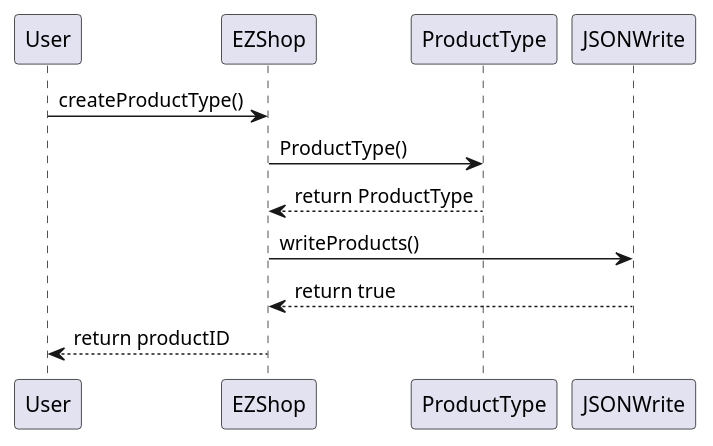
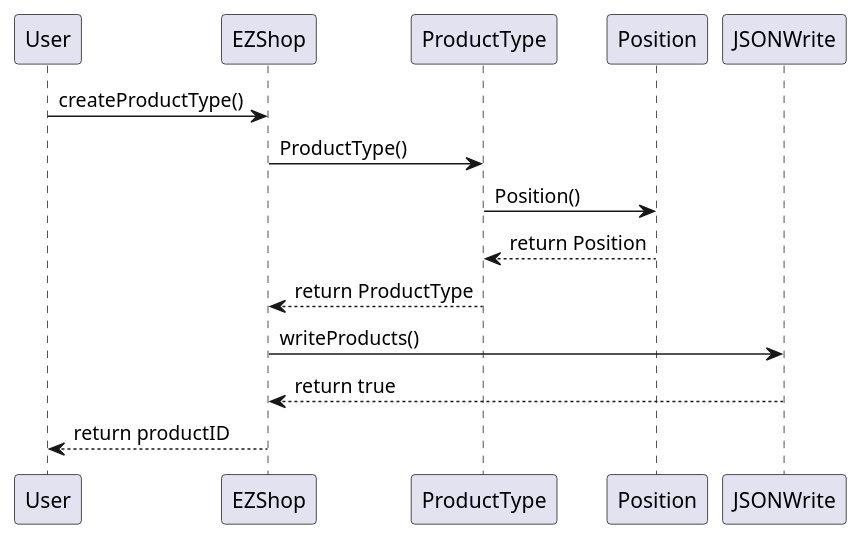
One commit to giuseppesalvi/ezshop changed the third of 15 diagrams in Deliverables/DesignDocument.md. Above: the diagram before and after it, drawn with PlantUML. The commit also changed other lines of this file, not shown here.

````diff
--- a/Deliverables/DesignDocument.md
+++ b/Deliverables/DesignDocument.md
@@ -286,14 +288,17 @@
 ```plantuml
 @startuml
 participant User
 participant EZShop
 participant ProductType
+participant Position
 participant JSONWrite
 User -> EZShop : createProductType()
 EZShop -> ProductType : ProductType()
+ProductType -> Position : Position()
+ProductType <-- Position : return Position
 EZShop <-- ProductType : return ProductType
 EZShop -> JSONWrite : writeProducts()
 EZShop <-- JSONWrite : return true
 User <-- EZShop : return productID
 @enduml
 ```
````
